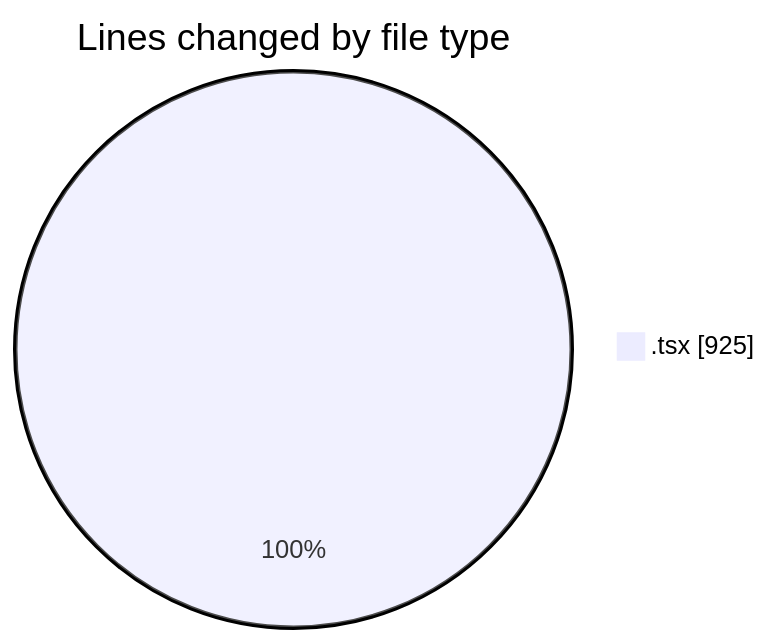
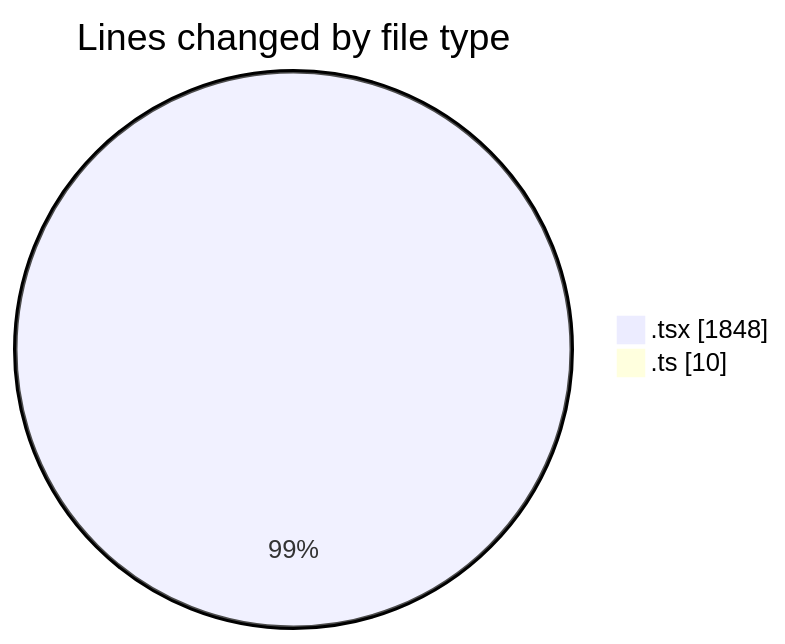
Before and after one commit to momahboobian/code-tracking: the first of 2 diagrams in 2025-11-07/cda/README.md, drawn with Mermaid. The commit also changed other lines of this file and 1 other file, not shown here.

````diff
--- a/2025-11-07/cda/README.md
+++ b/2025-11-07/cda/README.md
@@ -20,5 +21,6 @@
 ```mermaid
 pie showData
 title Lines changed by file type
-".tsx" : 925
+".tsx" : 1848
+".ts" : 10
 ```
````
